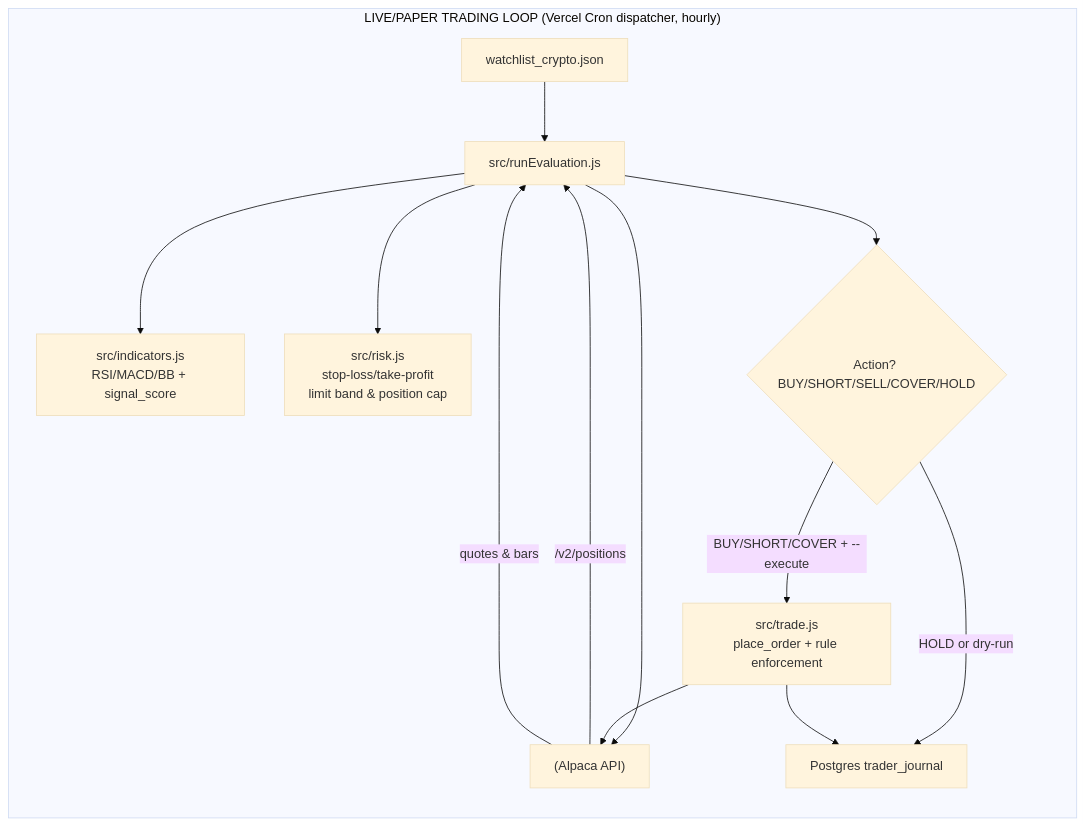
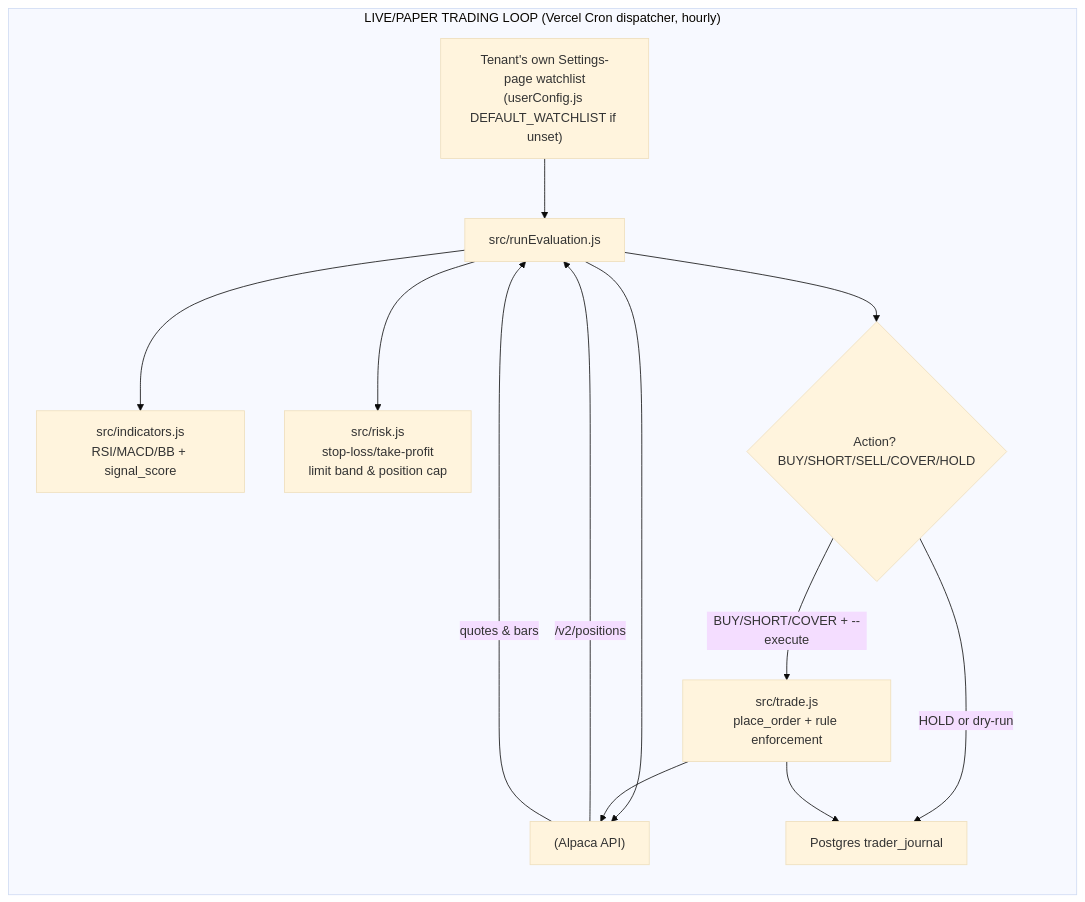
One commit to ekuipers/crypto-pro-trading changed the diagram in README.md. Above: the diagram before and after it, drawn with Mermaid (base theme). The commit also changed other lines of this file and 24 other files, not shown here.

````diff
--- a/README.md
+++ b/README.md
@@ -264,16 +265,16 @@
 ```mermaid
 flowchart LR
   subgraph LIVE["LIVE/PAPER TRADING LOOP (Vercel Cron dispatcher, hourly)"]
-    A[watchlist_crypto.json] --> B["src/runEvaluation.js"]
+    A["Tenant's own Settings-page watchlist\n(userConfig.js DEFAULT_WATCHLIST if unset)"] --> B["src/runEvaluation.js"]
     B --> C["(Alpaca API)"]
     C -->|/v2/positions| B
     C -->|quotes & bars| B
     B --> D["src/indicators.js\nRSI/MACD/BB + signal_score"]
     B --> E["src/risk.js\nstop-loss/take-profit\nlimit band & position cap"]
     B --> F{Action? BUY/SHORT/SELL/COVER/HOLD}
     F -->|BUY/SHORT/COVER + --execute| G["src/trade.js\nplace_order + rule enforcement"]
     G --> C
     F -->|HOLD or dry-run| H["Postgres trader_journal"]
     G --> H
   end
 ```
````
